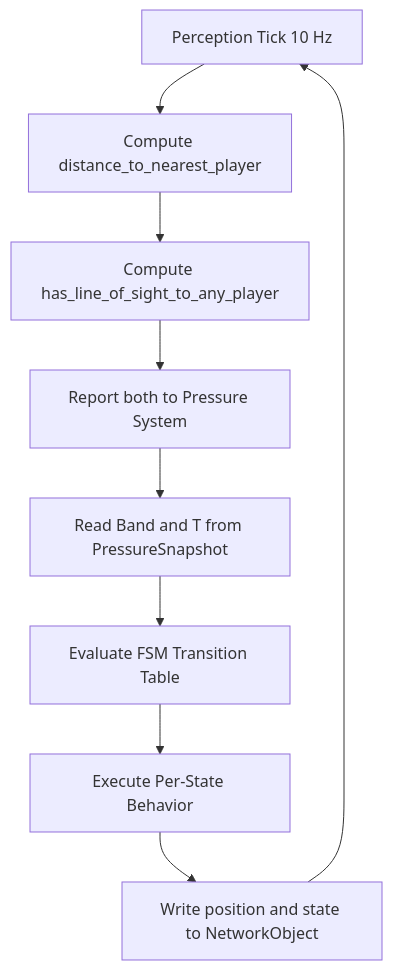
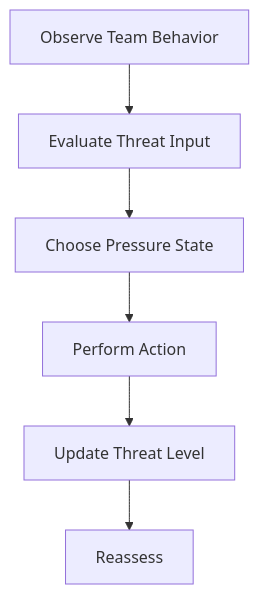
Before and after one commit to snehadpatel/QuestBit: the first of 2 diagrams in Project-Echo/docs/GDD/10 Monster AI.md, drawn with Mermaid. The commit also changed other lines of this file and 11 other files, not shown here.

Commit message:
docs(gdd): sync core gameplay, monster AI, objectives, and architecture design documents

````diff
--- a/Project-Echo/docs/GDD/10 Monster AI.md
+++ b/Project-Echo/docs/GDD/10 Monster AI.md
@@ -47,11 +29,8 @@
 ```mermaid
 flowchart TD
-    A[Perception Tick 10 Hz] --> B[Compute distance_to_nearest_player]
-    B --> C[Compute has_line_of_sight_to_any_player]
-    C --> D[Report both to Pressure System]
-    D --> E[Read Band and T from PressureSnapshot]
-    E --> F[Evaluate FSM Transition Table]
-    F --> G[Execute Per-State Behavior]
-    G --> H[Write position and state to NetworkObject]
-    H --> A
+    A[Observe Team Behavior] --> B[Evaluate Threat Input]
+    B --> C[Choose Pressure State]
+    C --> D[Perform Action]
+    D --> E[Update Threat Level]
+    E --> F[Reassess]
 ```
````
